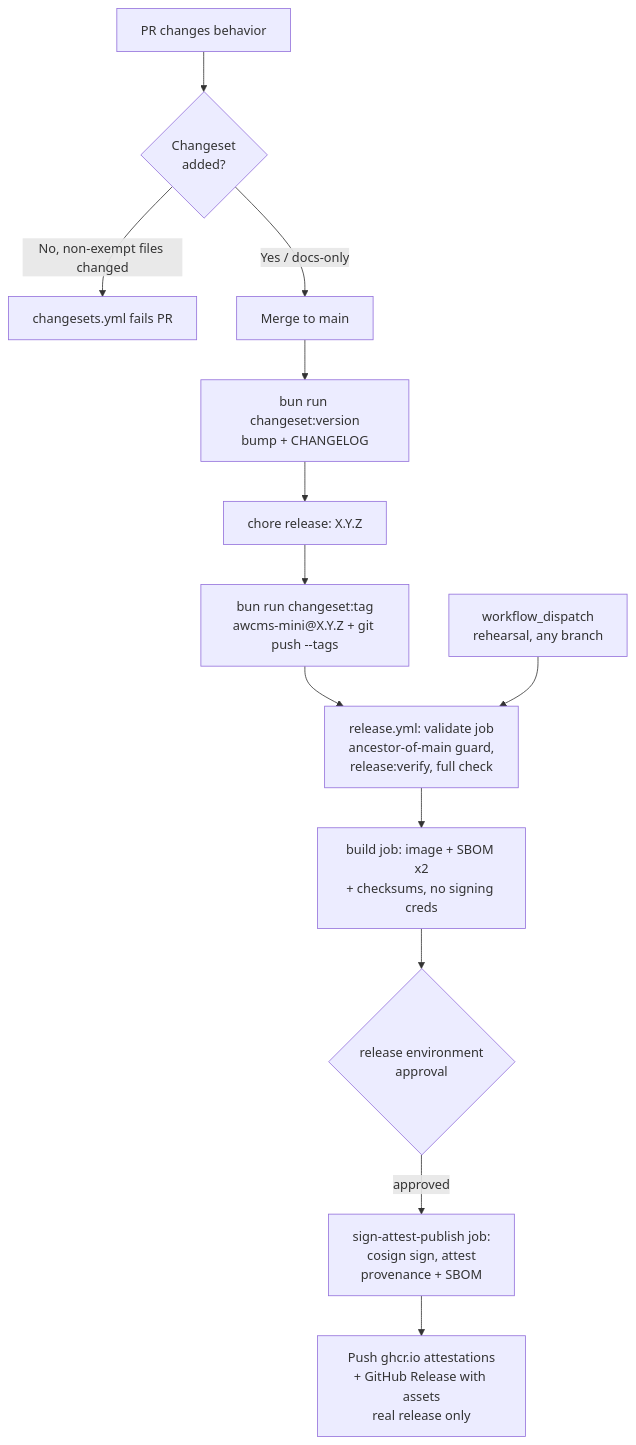
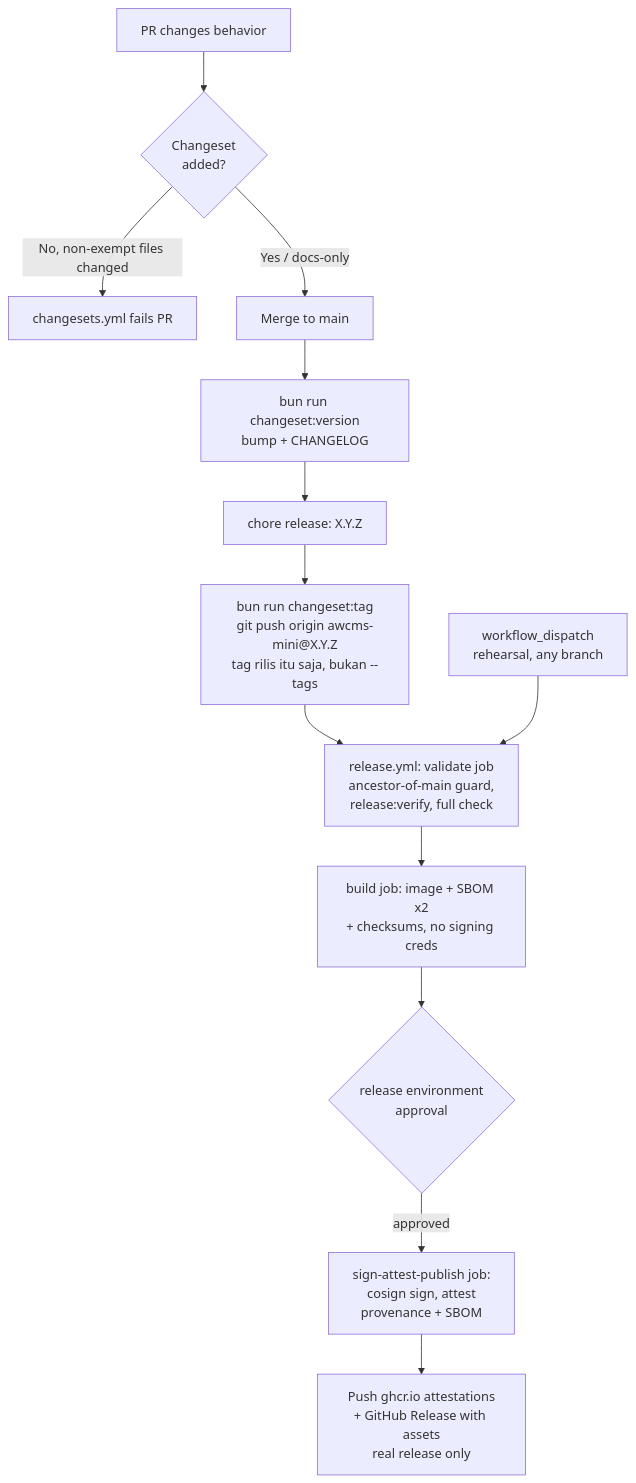
One commit to ahliweb/awcms-mini changed the diagram in docs/awcms-mini/release-process.md. Above: the diagram before and after it, drawn with Mermaid. The commit also changed 3 other files, not shown here.

First line of the commit message:
docs(release): selaraskan skill + doc 09 + audit dengan trigger awcms-mini@* (#825) (#865)

````diff
--- a/docs/awcms-mini/release-process.md
+++ b/docs/awcms-mini/release-process.md
@@ -15,15 +15,15 @@
 ```mermaid
 flowchart TD
   PR[PR changes behavior] --> CS{Changeset<br/>added?}
   CS -- No, non-exempt files changed --> Block[changesets.yml fails PR]
   CS -- Yes / docs-only --> Merge[Merge to main]
   Merge --> Version[bun run changeset:version<br/>bump + CHANGELOG]
   Version --> Commit[chore release: X.Y.Z]
-  Commit --> Tag[bun run changeset:tag<br/>awcms-mini@X.Y.Z + git push --tags]
+  Commit --> Tag[bun run changeset:tag<br/>git push origin awcms-mini@X.Y.Z<br/>tag rilis itu saja, bukan --tags]
   Tag --> Validate[release.yml: validate job<br/>ancestor-of-main guard,<br/>release:verify, full check]
   Dispatch[workflow_dispatch<br/>rehearsal, any branch] --> Validate
   Validate --> BuildJob[build job: image + SBOM x2<br/>+ checksums, no signing creds]
   BuildJob --> Approve{release environment<br/>approval}
   Approve -- approved --> SignJob[sign-attest-publish job:<br/>cosign sign, attest<br/>provenance + SBOM]
   SignJob --> Publish[Push ghcr.io attestations<br/>+ GitHub Release with assets<br/>real release only]
 ```
````
